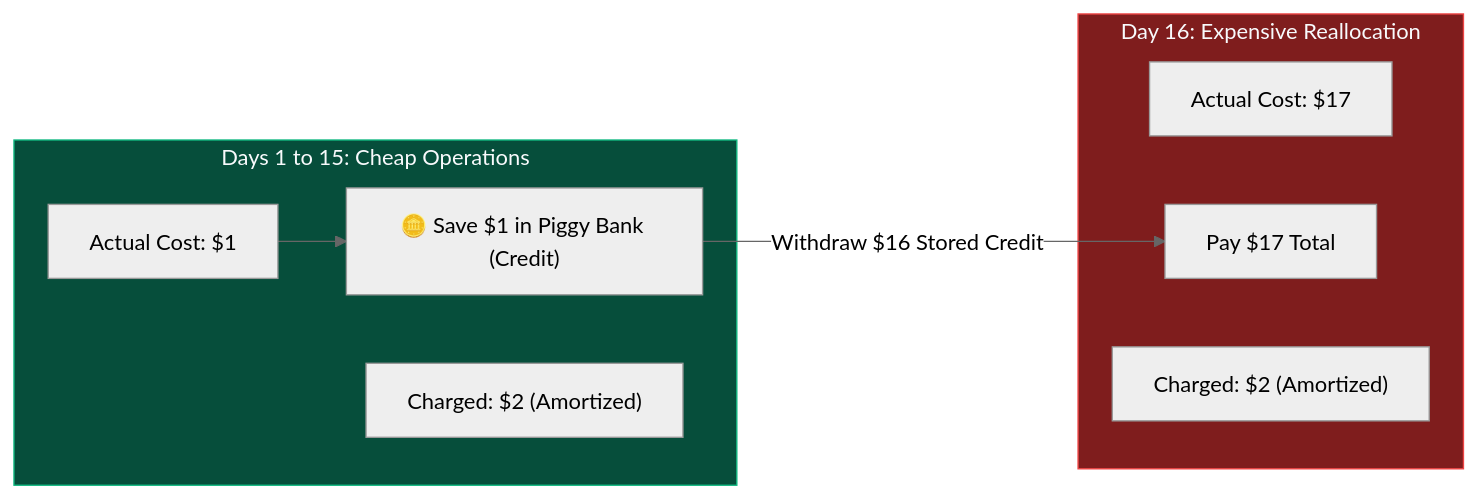
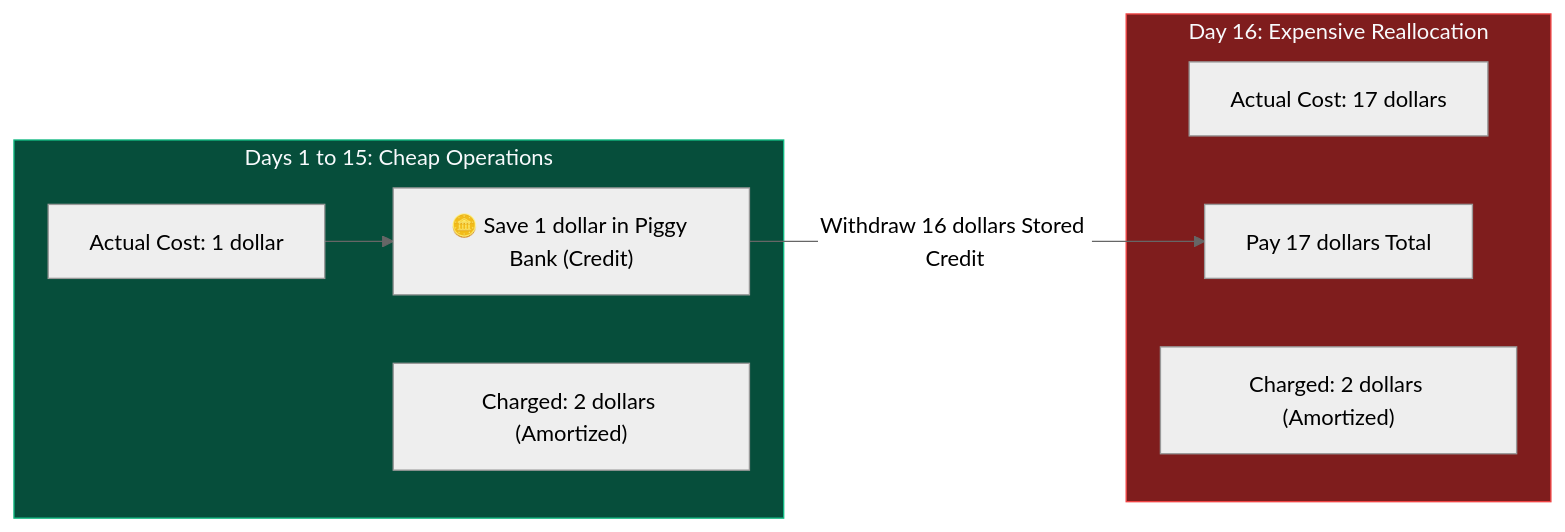
Before and after one commit to vadde/DSA: the first of 2 diagrams in 00 - Fundamentals/009 - Theoretical Foundations (The Complete Guide)/04_amortized_analysis.md, drawn with Mermaid (neutral theme). The commit also changed other lines of this file and 1 other file, not shown here.

Commit message:
fix(docs): resolve LaTeX rendering errors and escape currency dollar signs in theoretical foundations

````diff
--- a/00 - Fundamentals/009 - Theoretical Foundations (The Complete Guide)/04_amortized_analysis.md
+++ b/00 - Fundamentals/009 - Theoretical Foundations (The Complete Guide)/04_amortized_analysis.md
@@ -25,16 +25,16 @@
 ```mermaid
 flowchart LR
     subgraph DailyOps["Days 1 to 15: Cheap Operations"]
-        O1["Actual Cost: $1"] --> PIGGY["🪙 Save $1 in Piggy Bank (Credit)"]
-        A1["Charged: $2 (Amortized)"]
+        O1["Actual Cost: 1 dollar"] --> PIGGY["🪙 Save 1 dollar in Piggy Bank (Credit)"]
+        A1["Charged: 2 dollars (Amortized)"]
     end
 
     subgraph BigOp["Day 16: Expensive Reallocation"]
-        O16["Actual Cost: $17"]
-        PIGGY -->|"Withdraw $16 Stored Credit"| PAY["Pay $17 Total"]
-        A16["Charged: $2 (Amortized)"]
+        O16["Actual Cost: 17 dollars"]
+        PIGGY -->|"Withdraw 16 dollars Stored Credit"| PAY["Pay 17 dollars Total"]
+        A16["Charged: 2 dollars (Amortized)"]
     end
 
     style DailyOps fill:#064e3b,color:#f8fafc,stroke:#10b981
     style BigOp fill:#7f1d1d,color:#f8fafc,stroke:#ef4444
 ```
````
